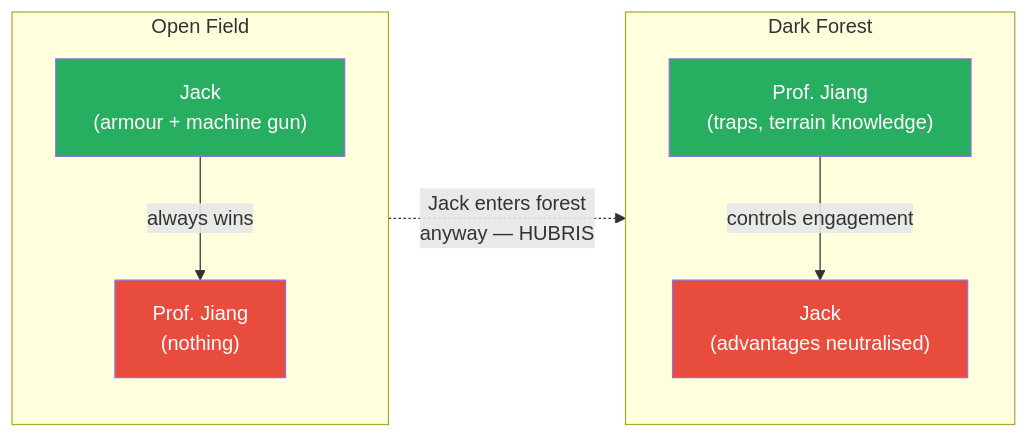
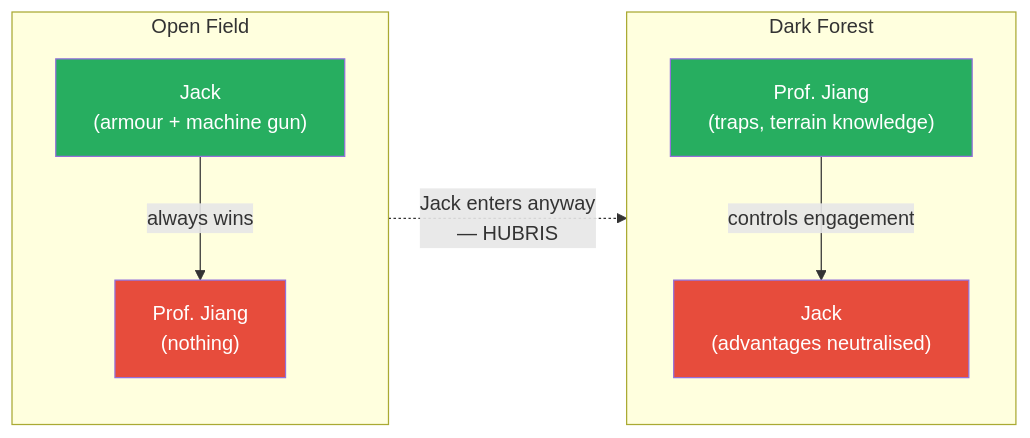
One commit to alius33/reader changed the second of 7 diagrams in summaries/Lectures/Geo-Strategy/01 - Iran's Strategy Matrix.md. Above: the diagram before and after it, drawn with Mermaid. The commit also changed other lines of this file and 26 other files, not shown here.

````diff
--- a/summaries/Lectures/Geo-Strategy/01 - Iran's Strategy Matrix.md
+++ b/summaries/Lectures/Geo-Strategy/01 - Iran's Strategy Matrix.md
@@ -100,14 +98,14 @@
 ```mermaid
 flowchart LR
     subgraph OF["Open Field"]
         J1["Jack<br/>(armour + machine gun)"] -->|"always wins"| P1["Prof. Jiang<br/>(nothing)"]
     end
     subgraph DF["Dark Forest"]
         P2["Prof. Jiang<br/>(traps, terrain knowledge)"] -->|"controls engagement"| J2["Jack<br/>(advantages neutralised)"]
     end
-    OF -.->|"Jack enters forest<br/>anyway — HUBRIS"| DF
+    OF -.->|"Jack enters anyway<br/>— HUBRIS"| DF
     style J1 fill:#27ae60,color:#fff
     style P2 fill:#27ae60,color:#fff
     style J2 fill:#e74c3c,color:#fff
     style P1 fill:#e74c3c,color:#fff
 ```
````
